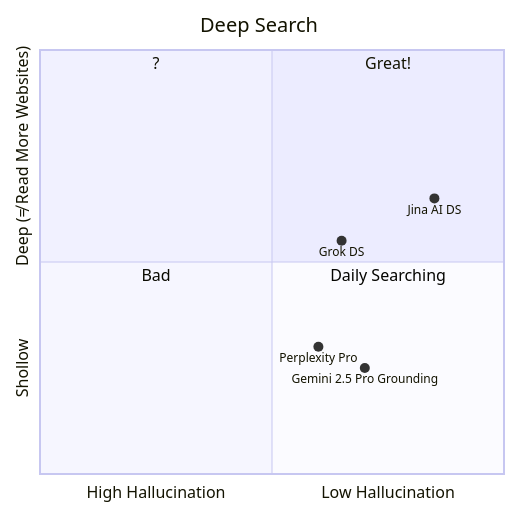
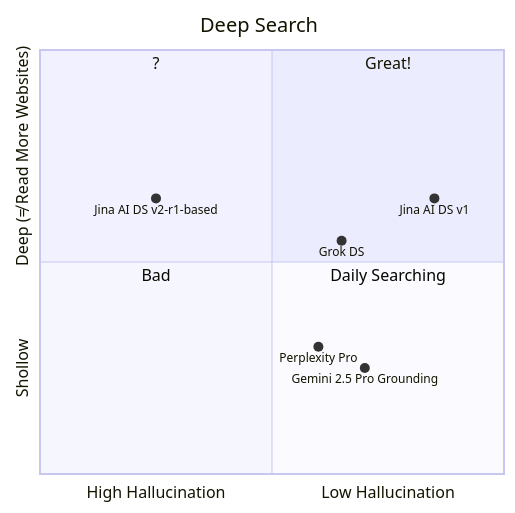
The first of 2 diagrams in blog/AI/free_LLM.md (RarityBrown/blog), drawn with Mermaid before and after one commit.

````diff
--- a/blog/AI/free_LLM.md
+++ b/blog/AI/free_LLM.md
@@ -17,16 +17,17 @@
 ```mermaid
 quadrantChart
     title Deep Search
     x-axis High Hallucination --> Low Hallucination
     y-axis Shollow --> "Deep (≠ Read More Websites)"
     
     quadrant-1 Great!
     quadrant-2 ?
     quadrant-3 Bad
     quadrant-4 Daily Searching
     
     Grok DS: [0.65, 0.55]
     Perplexity Pro: [0.6, 0.3]
-    Jina AI DS: [0.85, 0.65]
+    Jina AI DS v1: [0.85, 0.65]
+    Jina AI DS v2-r1-based: [0.25, 0.65]
     Gemini 2.5 Pro Grounding: [0.7, 0.25]
 ```
````
